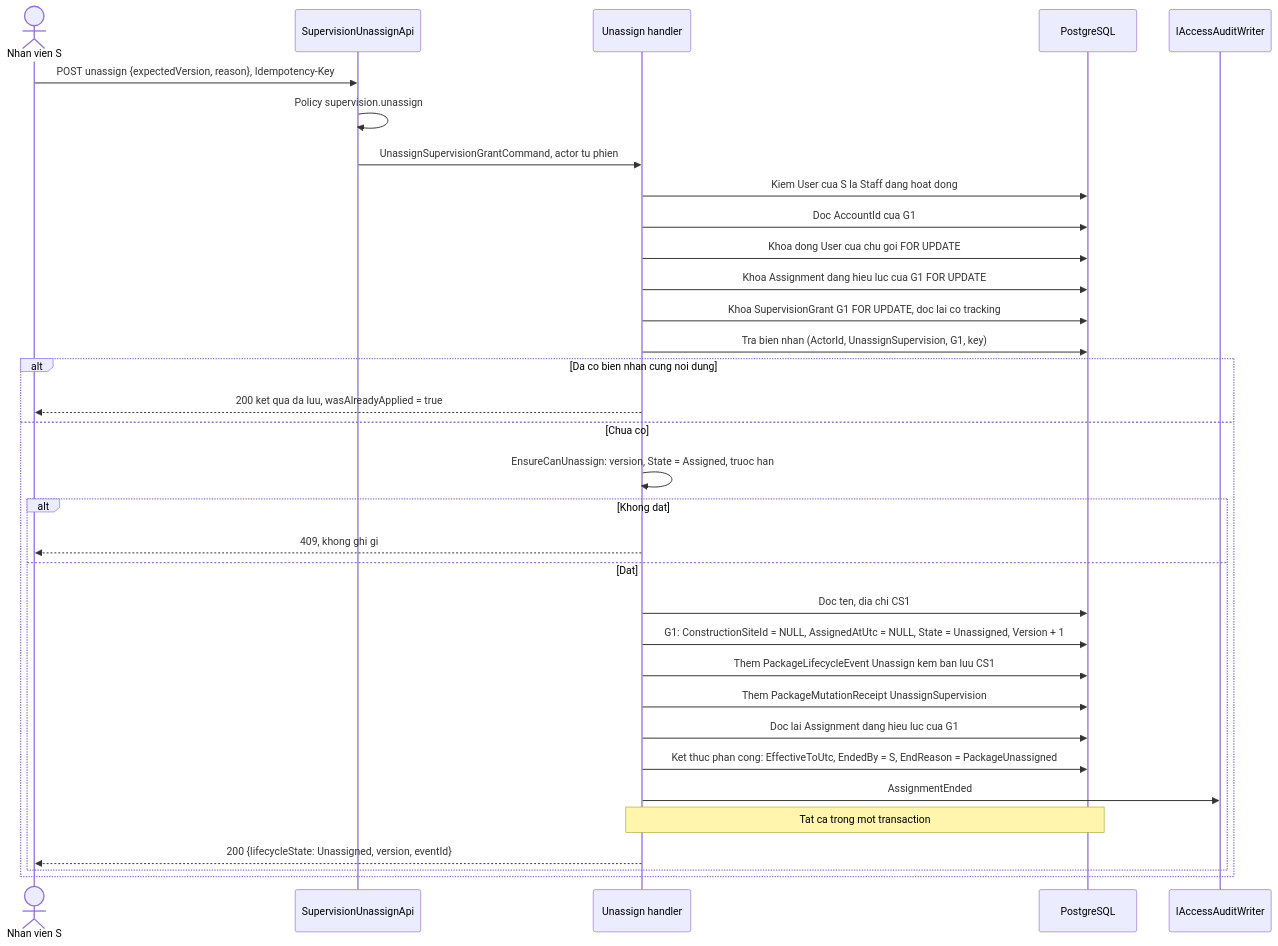
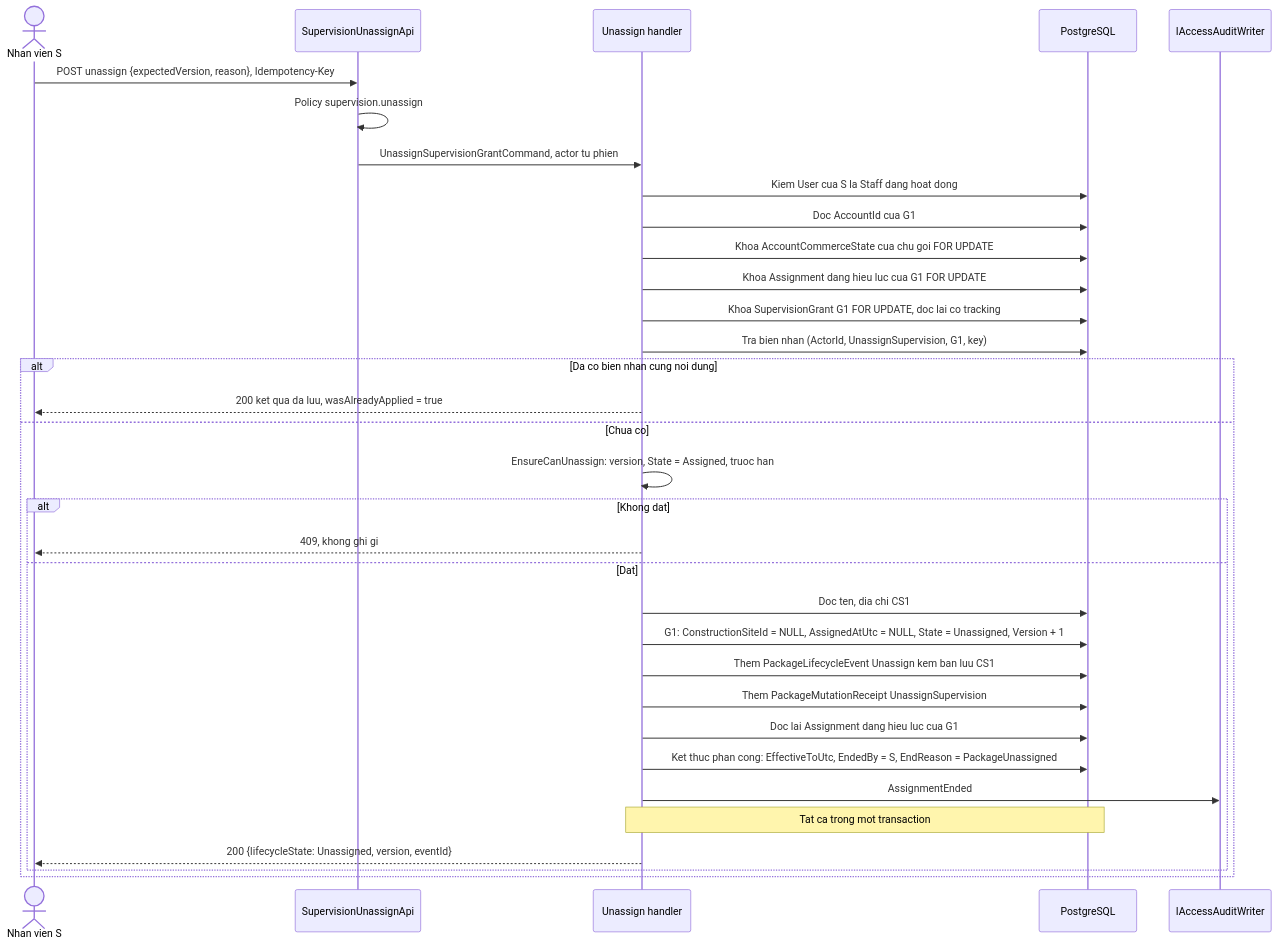
One commit to TaskCoper/bmt-documentation changed the second of 5 diagrams in tdd/TDD-SUB-007.md. Above: the diagram before and after it, drawn with Mermaid. The commit also changed 14 other files, not shown here.

First line of the commit message:
docs: đồng bộ tài liệu với khóa AccountCommerceState, thanh toán và bản dự toán đã triển khai

````diff
--- a/tdd/TDD-SUB-007.md
+++ b/tdd/TDD-SUB-007.md
@@ -169,36 +169,36 @@
 ```mermaid
 sequenceDiagram
     actor S as Nhan vien S
     participant API as SupervisionUnassignApi
     participant H as Unassign handler
     participant PG as PostgreSQL
     participant AU as IAccessAuditWriter
 
     S->>API: POST unassign {expectedVersion, reason}, Idempotency-Key
     API->>API: Policy supervision.unassign
     API->>H: UnassignSupervisionGrantCommand, actor tu phien
     H->>PG: Kiem User cua S la Staff dang hoat dong
     H->>PG: Doc AccountId cua G1
-    H->>PG: Khoa dong User cua chu goi FOR UPDATE
+    H->>PG: Khoa AccountCommerceState cua chu goi FOR UPDATE
     H->>PG: Khoa Assignment dang hieu luc cua G1 FOR UPDATE
     H->>PG: Khoa SupervisionGrant G1 FOR UPDATE, doc lai co tracking
     H->>PG: Tra bien nhan (ActorId, UnassignSupervision, G1, key)
     alt Da co bien nhan cung noi dung
         H-->>S: 200 ket qua da luu, wasAlreadyApplied = true
     else Chua co
         H->>H: EnsureCanUnassign: version, State = Assigned, truoc han
         alt Khong dat
             H-->>S: 409, khong ghi gi
         else Dat
             H->>PG: Doc ten, dia chi CS1
             H->>PG: G1: ConstructionSiteId = NULL, AssignedAtUtc = NULL, State = Unassigned, Version + 1
             H->>PG: Them PackageLifecycleEvent Unassign kem ban luu CS1
             H->>PG: Them PackageMutationReceipt UnassignSupervision
             H->>PG: Doc lai Assignment dang hieu luc cua G1
             H->>PG: Ket thuc phan cong: EffectiveToUtc, EndedBy = S, EndReason = PackageUnassigned
             H->>AU: AssignmentEnded
             Note over H,PG: Tat ca trong mot transaction
             H-->>S: 200 {lifecycleState: Unassigned, version, eventId}
         end
     end
 ```
````
